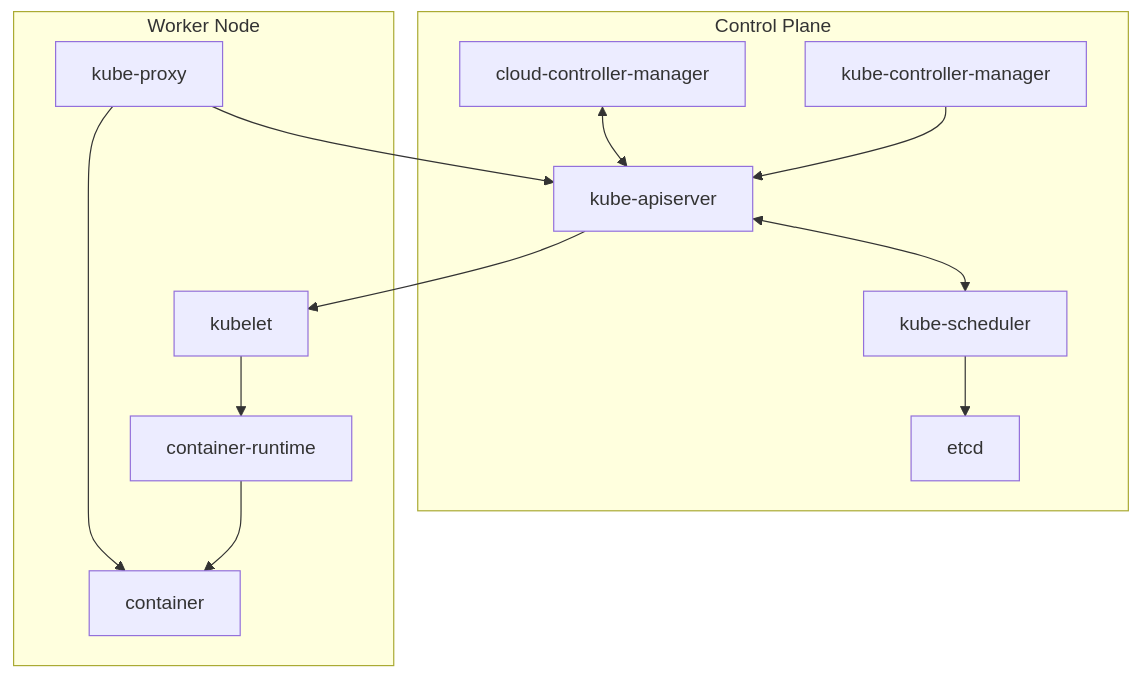
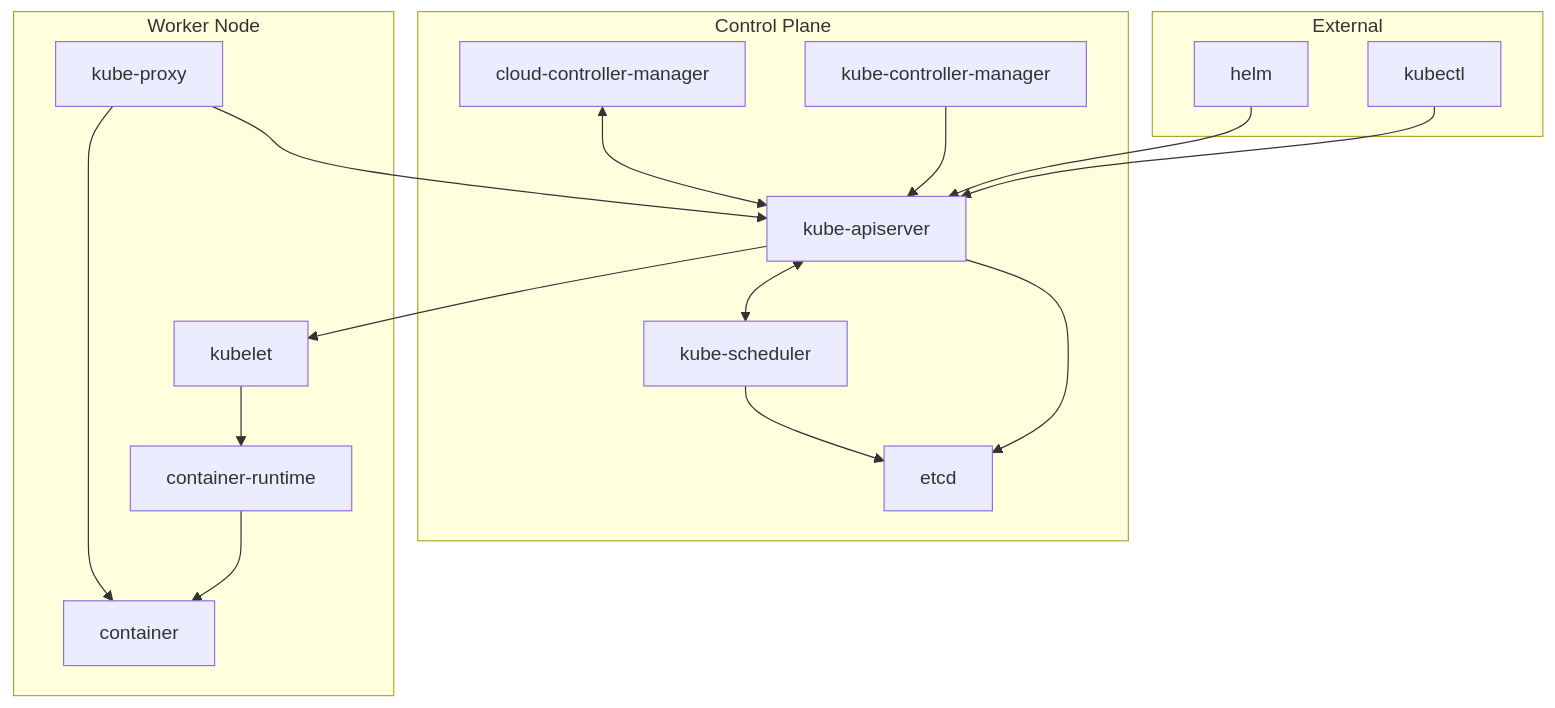
One commit to thinkaboutcode/knowledge-base changed the diagram in devops_k8s_architecture_cheatsheet.md. Above: the diagram before and after it, drawn with Mermaid.

Commit message:
modified cheatsheet for k8s architecture

````diff
--- a/devops_k8s_architecture_cheatsheet.md
+++ b/devops_k8s_architecture_cheatsheet.md
@@ -1,28 +1,36 @@
 ```mermaid
 flowchart TD
+
+    subgraph External [External]
+        kubectl
+        helm
+    end
 
     subgraph Group1 [Control Plane]
         kube-apiserver
         kube-scheduler
         kube-controller-manager
         etcd
         cloud-controller-manager
     end
 
     subgraph Group2 [Worker Node]
         kubelet
         kube-proxy
         container-runtime
         container
         container
     end
 
+    kubectl --> kube-apiserver
+    helm --> kube-apiserver
     kube-apiserver <--> kube-scheduler
+    kube-apiserver --> etcd
     kube-scheduler --> etcd
     kube-controller-manager --> kube-apiserver
     cloud-controller-manager <--> kube-apiserver
     kube-apiserver --> kubelet
     kubelet --> container-runtime --> container
     kube-proxy --> kube-apiserver
     kube-proxy --> container
 ```
````
